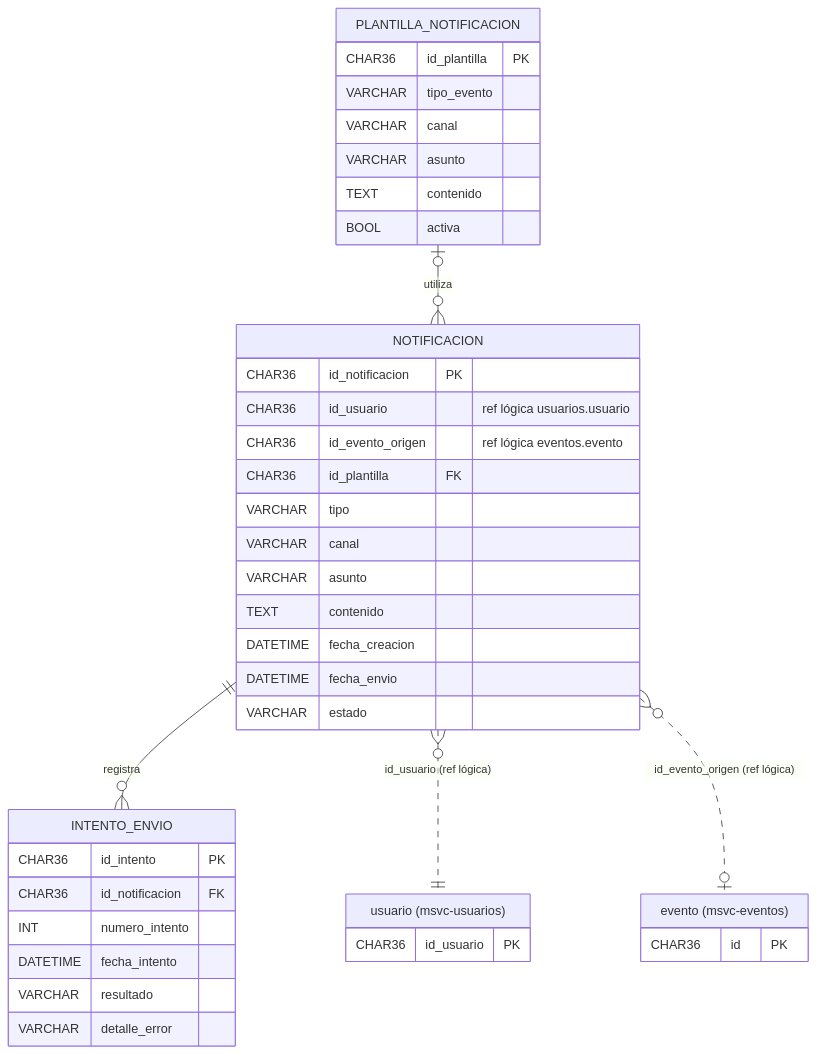
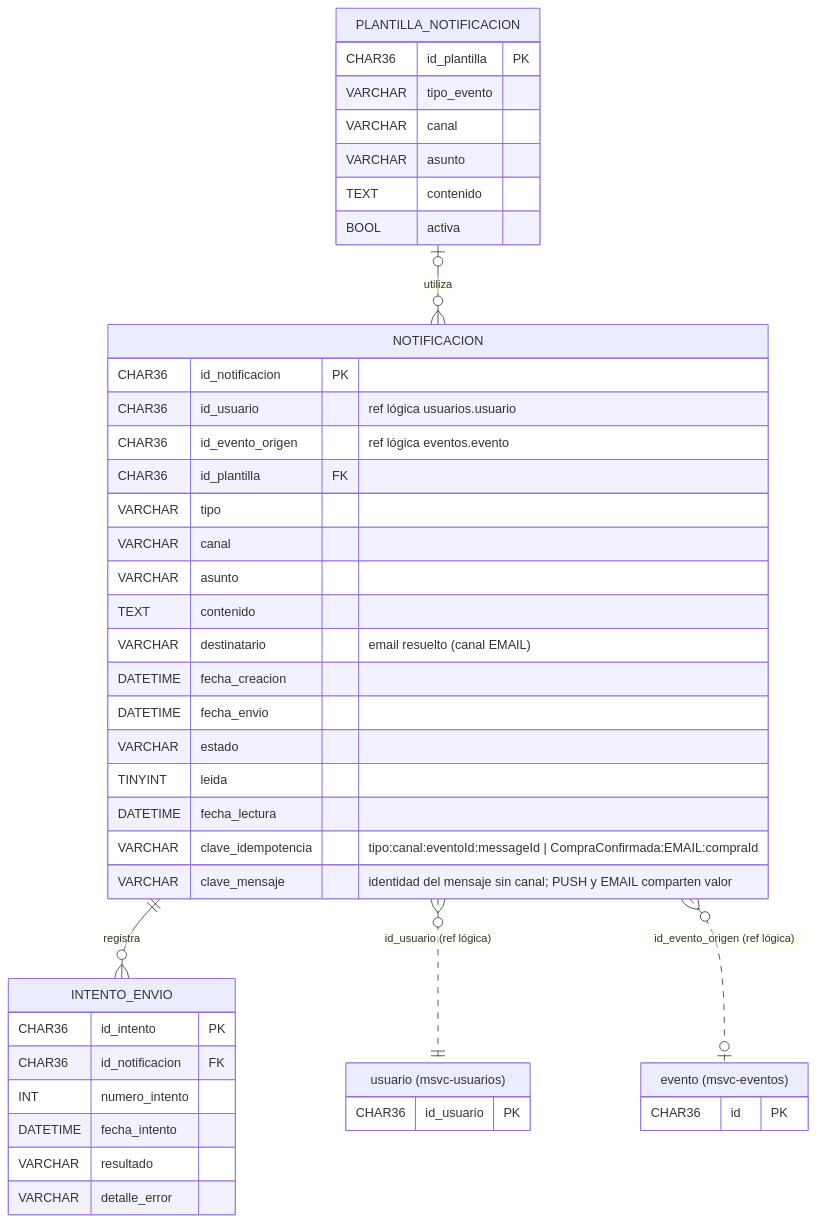
The fifth of 5 diagrams in Backend/specs/diagramas/modelo-por-microservicio.md (florAlar/ticketYa), drawn with Mermaid before and after one commit. The commit also changed 5 other files, not shown here.

Commit message:
docs(notificaciones): alinear OpenAPI, bundle y diagramas

````diff
--- a/Backend/specs/diagramas/modelo-por-microservicio.md
+++ b/Backend/specs/diagramas/modelo-por-microservicio.md
@@ -245,43 +245,48 @@
 ```mermaid
 erDiagram
     PLANTILLA_NOTIFICACION {
         CHAR36 id_plantilla PK
         VARCHAR tipo_evento
         VARCHAR canal
         VARCHAR asunto
         TEXT contenido
         BOOL activa
     }
     NOTIFICACION {
         CHAR36 id_notificacion PK
         CHAR36 id_usuario "ref lógica usuarios.usuario"
         CHAR36 id_evento_origen "ref lógica eventos.evento"
         CHAR36 id_plantilla FK
         VARCHAR tipo
         VARCHAR canal
         VARCHAR asunto
         TEXT contenido
+        VARCHAR destinatario "email resuelto (canal EMAIL)"
         DATETIME fecha_creacion
         DATETIME fecha_envio
         VARCHAR estado
+        TINYINT leida
+        DATETIME fecha_lectura
+        VARCHAR clave_idempotencia "tipo:canal:eventoId:messageId | CompraConfirmada:EMAIL:compraId"
+        VARCHAR clave_mensaje "identidad del mensaje sin canal; PUSH y EMAIL comparten valor"
     }
     INTENTO_ENVIO {
         CHAR36 id_intento PK
         CHAR36 id_notificacion FK
         INT numero_intento
         DATETIME fecha_intento
         VARCHAR resultado
         VARCHAR detalle_error
     }
     EXT_USUARIO["usuario (msvc-usuarios)"] {
         CHAR36 id_usuario PK
     }
     EXT_EVENTO["evento (msvc-eventos)"] {
         CHAR36 id PK
     }
 
     PLANTILLA_NOTIFICACION |o--o{ NOTIFICACION : utiliza
     NOTIFICACION ||--o{ INTENTO_ENVIO : registra
     NOTIFICACION }o..|| EXT_USUARIO : "id_usuario (ref lógica)"
     NOTIFICACION }o..o| EXT_EVENTO : "id_evento_origen (ref lógica)"
 ```
````
